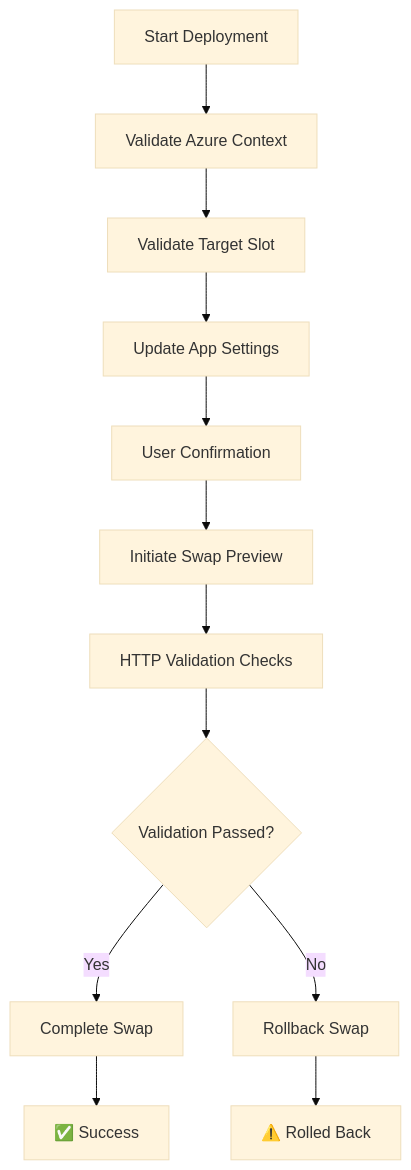
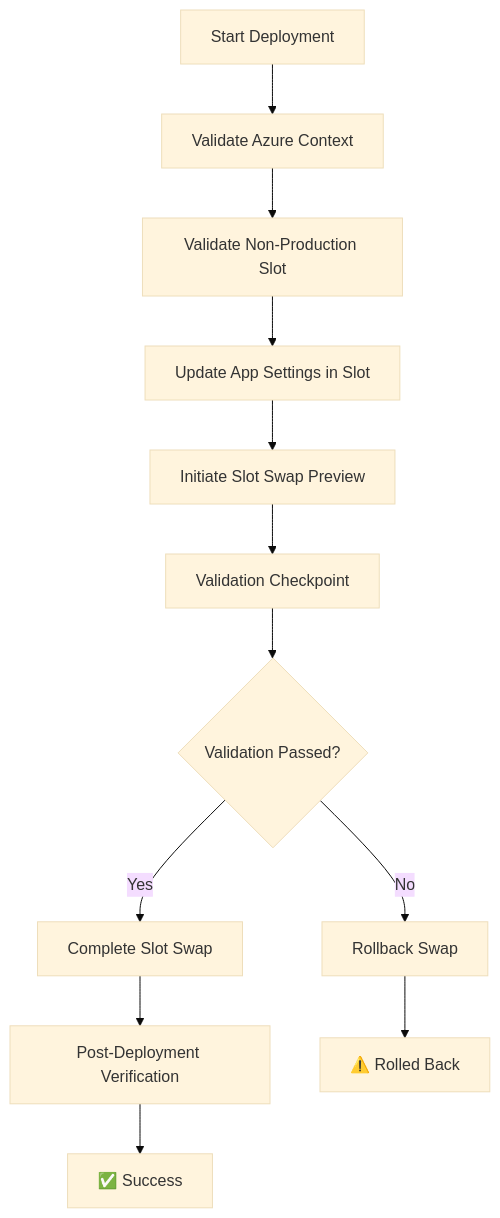
The diagram in README.md (vutruongthinh/AppSettingUpdater), drawn with Mermaid (base theme) before and after one commit. The commit also changed other lines of this file and 7 other files, not shown here.

First line of the commit message:
Release v3.0.0: Slot-Based Deployment Template

````diff
--- a/README.md
+++ b/README.md
@@ -187,14 +240,14 @@
 ```mermaid
 graph TD
     A[Start Deployment] --> B[Validate Azure Context]
-    B --> C[Validate Target Slot]
-    C --> D[Update App Settings]
-    D --> E[User Confirmation]
-    E --> F[Initiate Swap Preview]
-    F --> G[HTTP Validation Checks]
-    G --> H{Validation Passed?}
-    H -->|Yes| I[Complete Swap]
-    H -->|No| J[Rollback Swap]
-    I --> K[✅ Success]
-    J --> L[⚠️ Rolled Back]
+    B --> C[Validate Non-Production Slot]
+    C --> D[Update App Settings in Slot]
+    D --> E[Initiate Slot Swap Preview]
+    E --> F[Validation Checkpoint]
+    F --> G{Validation Passed?}
+    G -->|Yes| H[Complete Slot Swap]
+    G -->|No| I[Rollback Swap]
+    H --> J[Post-Deployment Verification]
+    J --> K[✅ Success]
+    I --> L[⚠️ Rolled Back]
 ```
````
